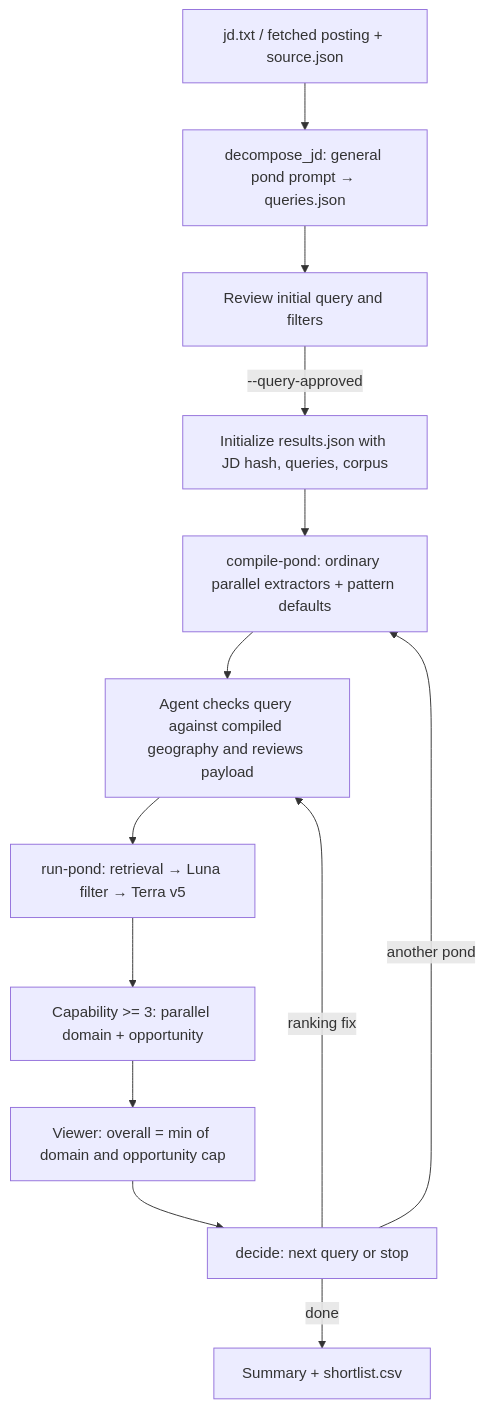
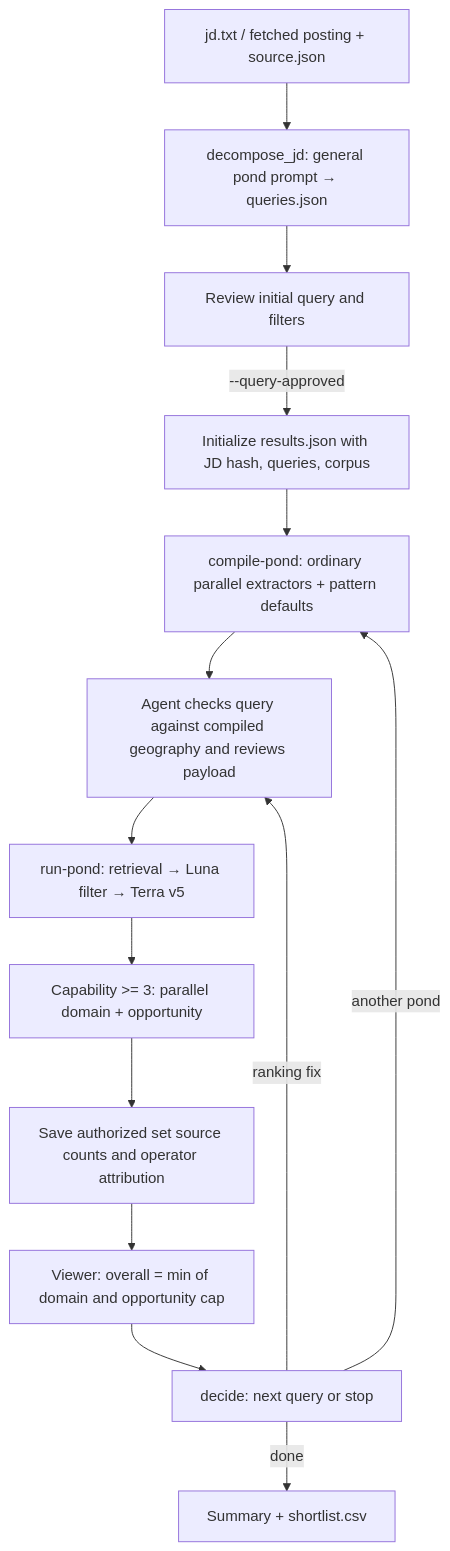
Before and after one commit to powerset-co/powerpacks: the diagram in packs/search/primitives/deep_search/README.md, drawn with Mermaid. The commit also changed other lines of this file and 16 other files, not shown here.

````diff
--- a/packs/search/primitives/deep_search/README.md
+++ b/packs/search/primitives/deep_search/README.md
@@ -15,15 +15,16 @@
 ```mermaid
 flowchart TD
     JD[jd.txt / fetched posting + source.json] --> Q[decompose_jd: general pond prompt → queries.json]
     Q --> REVIEW[Review initial query and filters]
     REVIEW -->|--query-approved| INIT[Initialize results.json with JD hash, queries, corpus]
     INIT --> COMPILE[compile-pond: ordinary parallel extractors + pattern defaults]
     COMPILE --> CHECK[Agent checks query against compiled geography and reviews payload]
     CHECK --> RUN[run-pond: retrieval → Luna filter → Terra v5]
     RUN --> JUDGES[Capability >= 3: parallel domain + opportunity]
-    JUDGES --> VIEW[Viewer: overall = min of domain and opportunity cap]
+    JUDGES --> SOURCES[Save authorized set source counts and operator attribution]
+    SOURCES --> VIEW[Viewer: overall = min of domain and opportunity cap]
     VIEW --> DECIDE[decide: next query or stop]
     DECIDE -->|another pond| COMPILE
     DECIDE -->|ranking fix| CHECK
     DECIDE -->|done| EXPORT[Summary + shortlist.csv]
 ```
````
